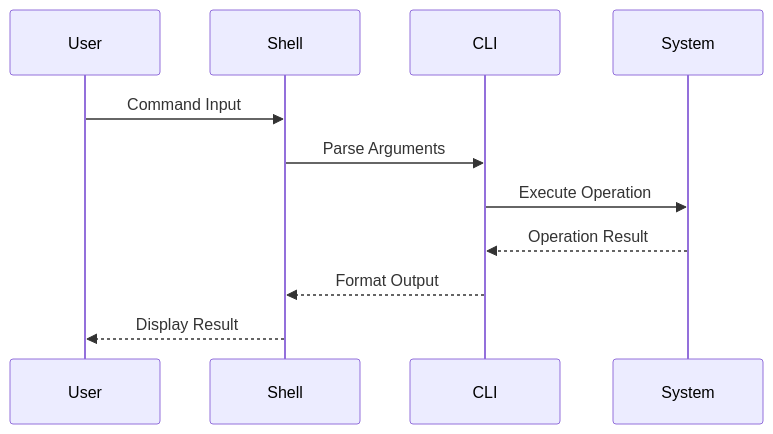
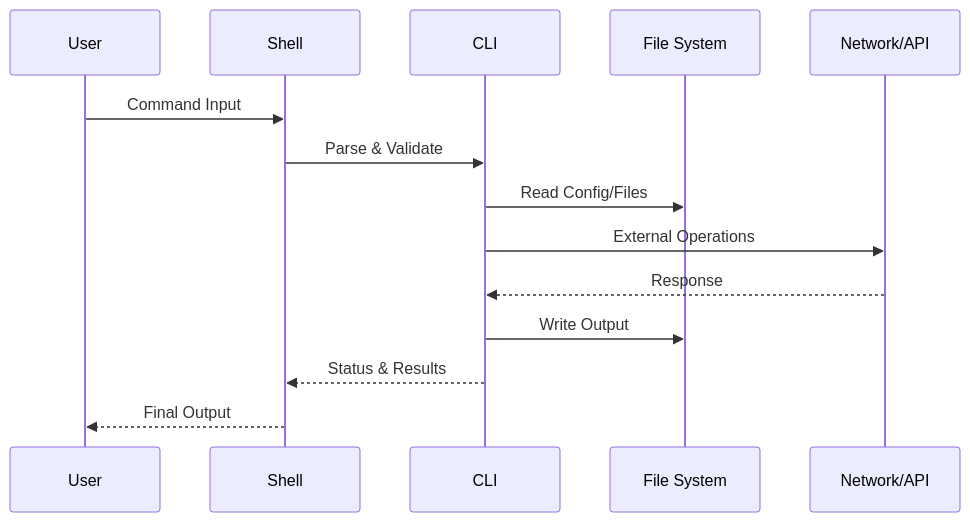
Before and after one commit to xincheng213618/OpenDeepWiki: the second of 6 diagrams in src/KoalaWiki/Prompts/Warehouse/GenerateDocsCLITools.md, drawn with Mermaid. The commit also changed other lines of this file and 31 other files, not shown here.

````diff
--- a/src/KoalaWiki/Prompts/Warehouse/GenerateDocsCLITools.md
+++ b/src/KoalaWiki/Prompts/Warehouse/GenerateDocsCLITools.md
@@ -79,13 +85,17 @@
 ```mermaid
 sequenceDiagram
-    participant User
-    participant Shell
-    participant CLI
-    participant System
-    User->>Shell: Command Input
-    Shell->>CLI: Parse Arguments
-    CLI->>System: Execute Operation
-    System-->>CLI: Operation Result
-    CLI-->>Shell: Format Output
-    Shell-->>User: Display Result
+    participant U as User
+    participant S as Shell
+    participant C as CLI
+    participant FS as File System
+    participant NET as Network/API
+    
+    U->>S: Command Input
+    S->>C: Parse & Validate
+    C->>FS: Read Config/Files
+    C->>NET: External Operations
+    NET-->>C: Response
+    C->>FS: Write Output
+    C-->>S: Status & Results
+    S-->>U: Final Output
 ```
````
